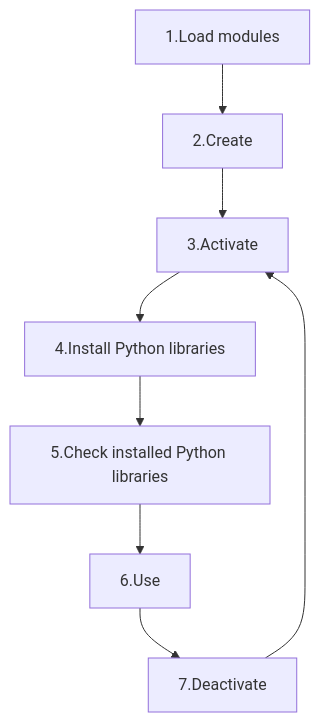
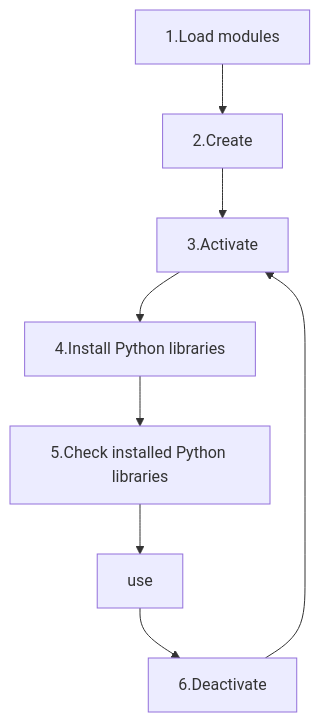
One commit to UPPMAX/R-python-julia-matlab-HPC changed the diagram in docs/python/isolated_workflow_vpyenv.mmd. Above: the diagram before and after it, drawn with Mermaid.

Commit message:
Skip step

```diff
--- a/docs/python/isolated_workflow_vpyenv.mmd
+++ b/docs/python/isolated_workflow_vpyenv.mmd
@@ -1,16 +1,15 @@
 flowchart TD
   load_modules[1.Load modules]
   create[2.Create]
   activate[3.Activate]
   install_libraries[4.Install Python libraries]
   check[5.Check installed Python libraries]
-  use[6.Use]
-  deactivate[7.Deactivate]
+  deactivate[6.Deactivate]
 
   load_modules --> create
   create --> activate
   activate --> install_libraries
   install_libraries --> check
   check --> use
   use --> deactivate
   deactivate --> activate
```
